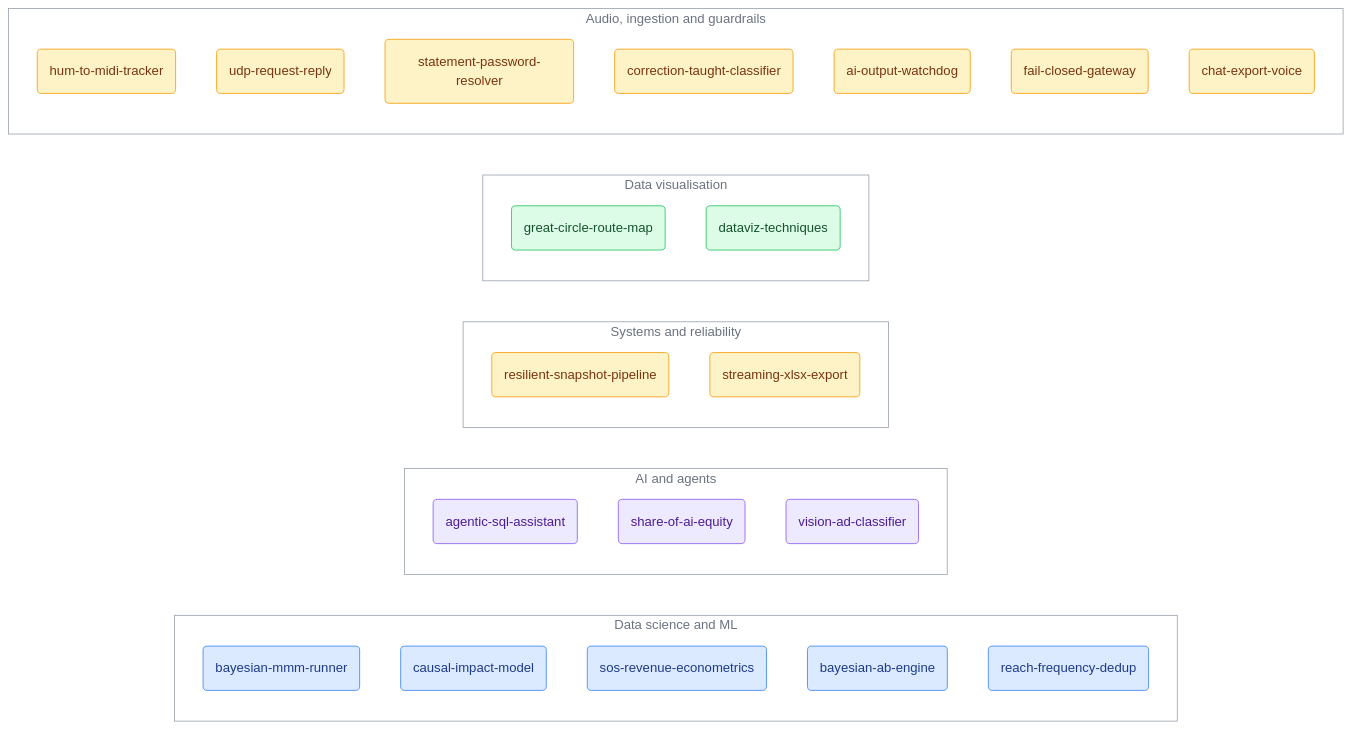
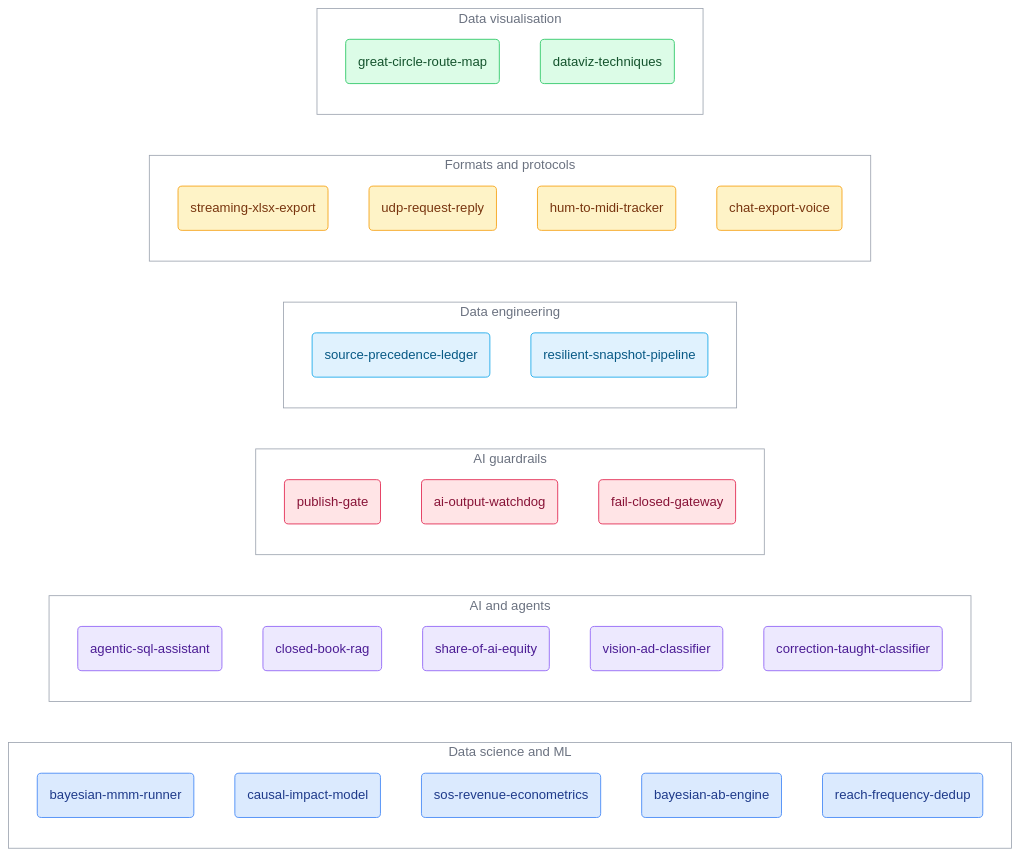
Before and after one commit to af1nc/showreel: the diagram in README.md, drawn with Mermaid. The commit also changed other lines of this file and 85 other files, not shown here.

````diff
--- a/README.md
+++ b/README.md
@@ -27,50 +32,58 @@
 ```mermaid
 flowchart LR
   subgraph DS["Data science and ML"]
     direction TB
     P1("bayesian-mmm-runner")
     P2("causal-impact-model")
     P3("sos-revenue-econometrics")
     P4("bayesian-ab-engine")
     P5("reach-frequency-dedup")
   end
   subgraph AI["AI and agents"]
     direction TB
     P6("agentic-sql-assistant")
-    P7("share-of-ai-equity")
-    P8("vision-ad-classifier")
+    P7("closed-book-rag")
+    P8("share-of-ai-equity")
+    P9("vision-ad-classifier")
+    P10("correction-taught-classifier")
   end
-  subgraph REL["Systems and reliability"]
+  subgraph GRD["AI guardrails"]
     direction TB
-    P9("resilient-snapshot-pipeline")
-    P10("streaming-xlsx-export")
+    P11("publish-gate")
+    P12("ai-output-watchdog")
+    P13("fail-closed-gateway")
+  end
+  subgraph DE["Data engineering"]
+    direction TB
+    P14("source-precedence-ledger")
+    P15("resilient-snapshot-pipeline")
+  end
+  subgraph FP["Formats and protocols"]
+    direction TB
+    P16("streaming-xlsx-export")
+    P17("udp-request-reply")
+    P18("hum-to-midi-tracker")
+    P19("chat-export-voice")
   end
   subgraph VIZ["Data visualisation"]
     direction TB
-    P11("great-circle-route-map")
-    P12("dataviz-techniques")
-  end
-  subgraph NEW["Audio, ingestion and guardrails"]
-    direction TB
-    P13("hum-to-midi-tracker")
-    P14("udp-request-reply")
-    P15("statement-password-resolver")
-    P16("correction-taught-classifier")
-    P17("ai-output-watchdog")
-    P18("fail-closed-gateway")
-    P19("chat-export-voice")
+    P20("great-circle-route-map")
+    P21("dataviz-techniques")
   end
 
   classDef ds fill:#dbeafe,stroke:#3b82f6,stroke-width:1px,color:#1e3a8a
   classDef ai fill:#ede9fe,stroke:#8b5cf6,stroke-width:1px,color:#4c1d95
-  classDef rel fill:#fef3c7,stroke:#f59e0b,stroke-width:1px,color:#78350f
+  classDef grd fill:#ffe4e6,stroke:#e11d48,stroke-width:1px,color:#881337
+  classDef de fill:#e0f2fe,stroke:#0ea5e9,stroke-width:1px,color:#075985
+  classDef fp fill:#fef3c7,stroke:#f59e0b,stroke-width:1px,color:#78350f
   classDef viz fill:#dcfce7,stroke:#22c55e,stroke-width:1px,color:#14532d
   classDef group fill:transparent,stroke:#9ca3af,stroke-width:1px,color:#6b7280
 
   class P1,P2,P3,P4,P5 ds
-  class P13,P14,P15,P16,P17,P18,P19 rel
-  class P6,P7,P8 ai
-  class P9,P10 rel
-  class P11,P12 viz
-  class DS,AI,REL,VIZ,NEW group
+  class P6,P7,P8,P9,P10 ai
+  class P11,P12,P13 grd
+  class P14,P15 de
+  class P16,P17,P18,P19 fp
+  class P20,P21 viz
+  class DS,AI,GRD,DE,FP,VIZ group
 ```
````
